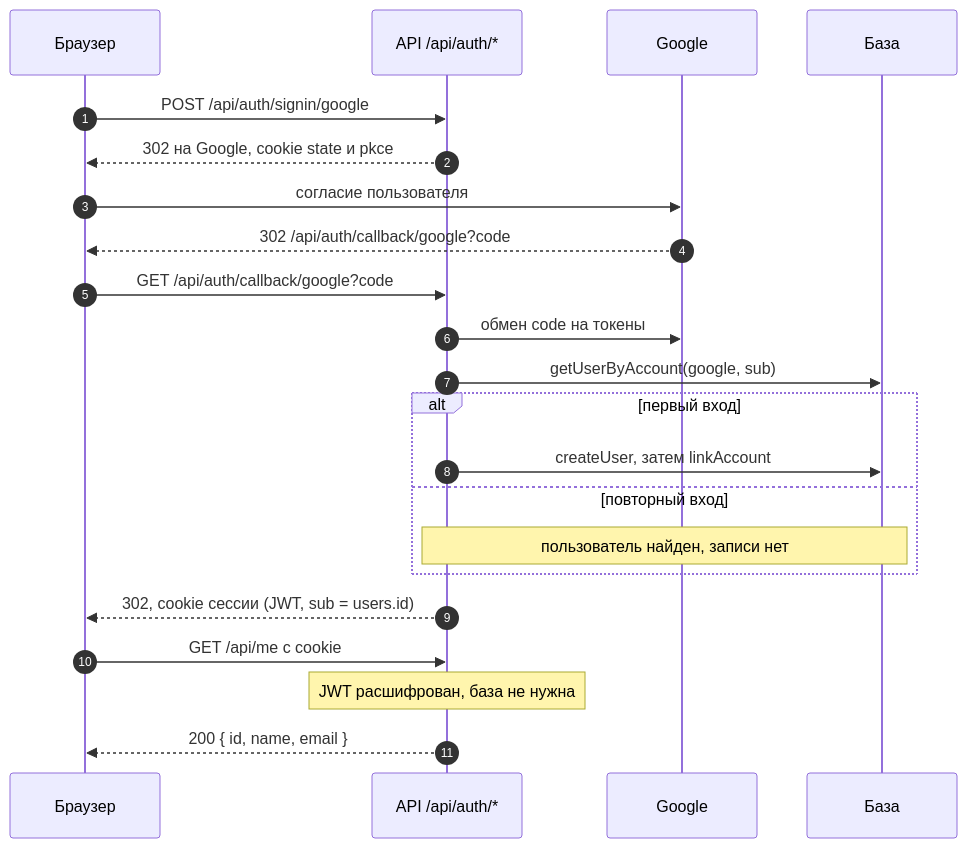
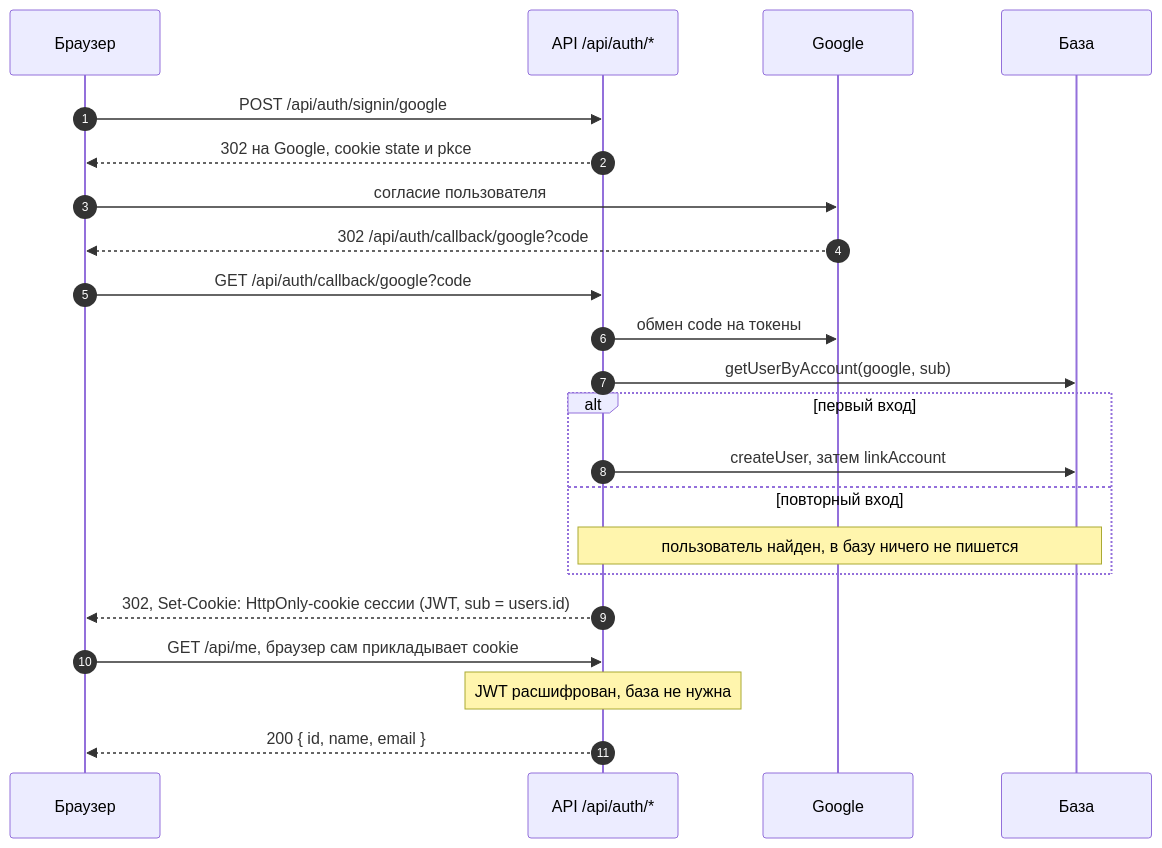
The diagram in docs/specs/52-google-auth.md (shhhwepsss/eisenhower-todo), drawn with Mermaid before and after one commit. The commit also changed other lines of this file, not shown here.

First line of the commit message:
[#52] Спека: правки по ревью — 404 на неизвестный путь, таблицы, срок сессии

````diff
--- a/docs/specs/52-google-auth.md
+++ b/docs/specs/52-google-auth.md
@@ -142,25 +207,25 @@
 ```mermaid
 sequenceDiagram
     autonumber
     participant B as Браузер
     participant A as API /api/auth/*
     participant G as Google
     participant D as База
 
     B->>A: POST /api/auth/signin/google
     A-->>B: 302 на Google, cookie state и pkce
     B->>G: согласие пользователя
     G-->>B: 302 /api/auth/callback/google?code
     B->>A: GET /api/auth/callback/google?code
     A->>G: обмен code на токены
     A->>D: getUserByAccount(google, sub)
     alt первый вход
         A->>D: createUser, затем linkAccount
     else повторный вход
-        Note over A,D: пользователь найден, записи нет
+        Note over A,D: пользователь найден, в базу ничего не пишется
     end
-    A-->>B: 302, cookie сессии (JWT, sub = users.id)
-    B->>A: GET /api/me с cookie
+    A-->>B: 302, Set-Cookie: HttpOnly-cookie сессии (JWT, sub = users.id)
+    B->>A: GET /api/me, браузер сам прикладывает cookie
     Note over A: JWT расшифрован, база не нужна
     A-->>B: 200 { id, name, email }
 ```
````
